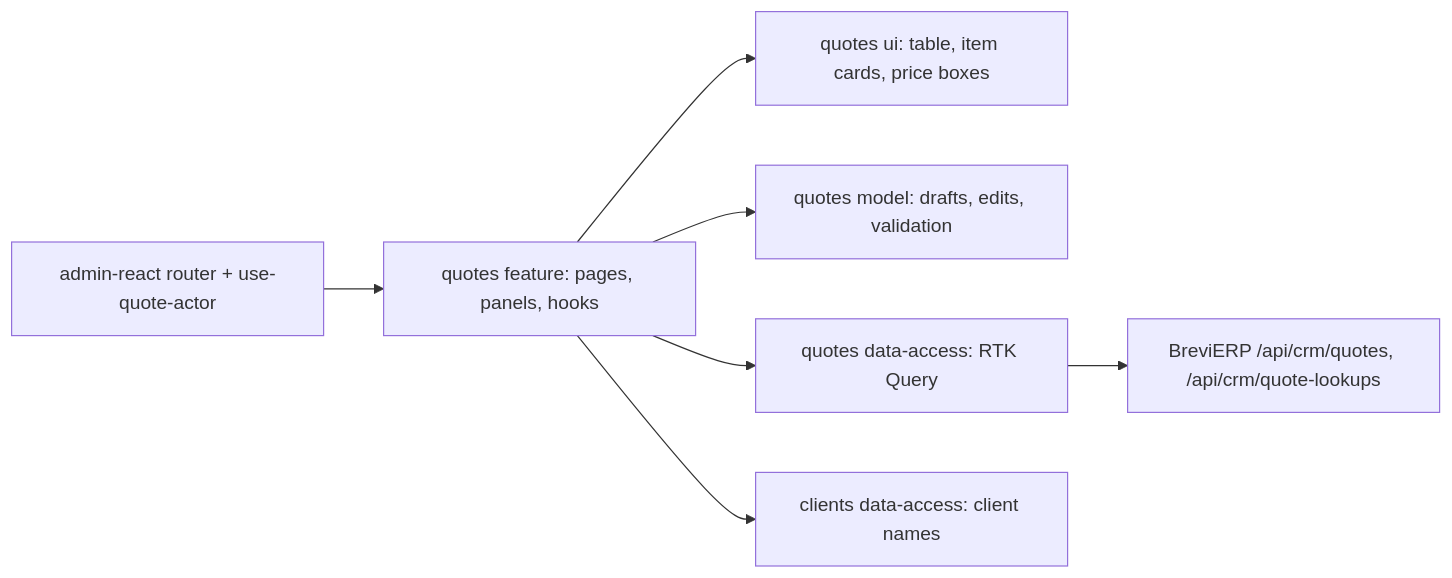
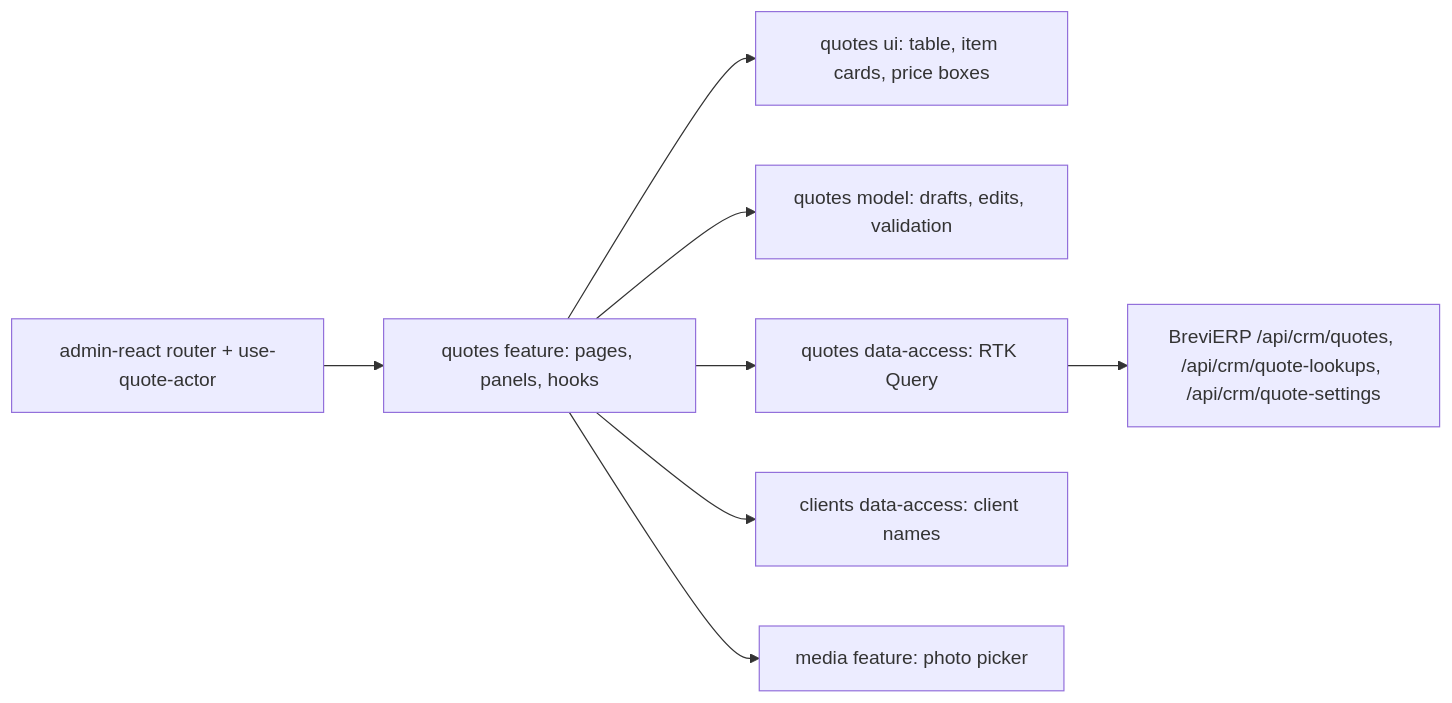
The diagram in docs/features/admin/quotes.md (Weretik/brevi-web), drawn with Mermaid before and after one commit. The commit also changed other lines of this file and 40 other files, not shown here.

````diff
--- a/docs/features/admin/quotes.md
+++ b/docs/features/admin/quotes.md
@@ -22,9 +25,10 @@
 ```mermaid
 flowchart LR
   App[admin-react router + use-quote-actor] --> Feature[quotes feature: pages, panels, hooks]
   Feature --> UI[quotes ui: table, item cards, price boxes]
   Feature --> Model[quotes model: drafts, edits, validation]
   Feature --> DA[quotes data-access: RTK Query]
   Feature --> Clients[clients data-access: client names]
-  DA --> Backend[BreviERP /api/crm/quotes, /api/crm/quote-lookups]
+  Feature --> Media[media feature: photo picker]
+  DA --> Backend[BreviERP /api/crm/quotes, /api/crm/quote-lookups, /api/crm/quote-settings]
 ```
````
